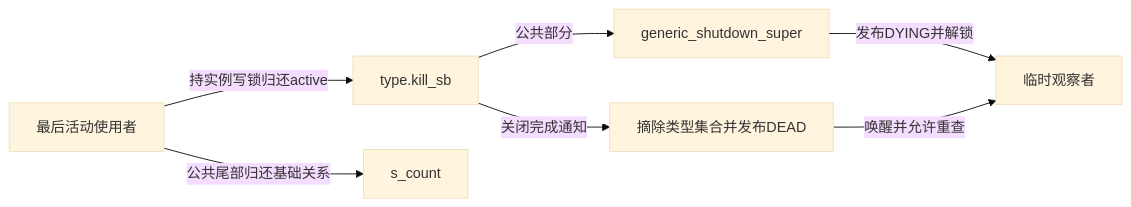
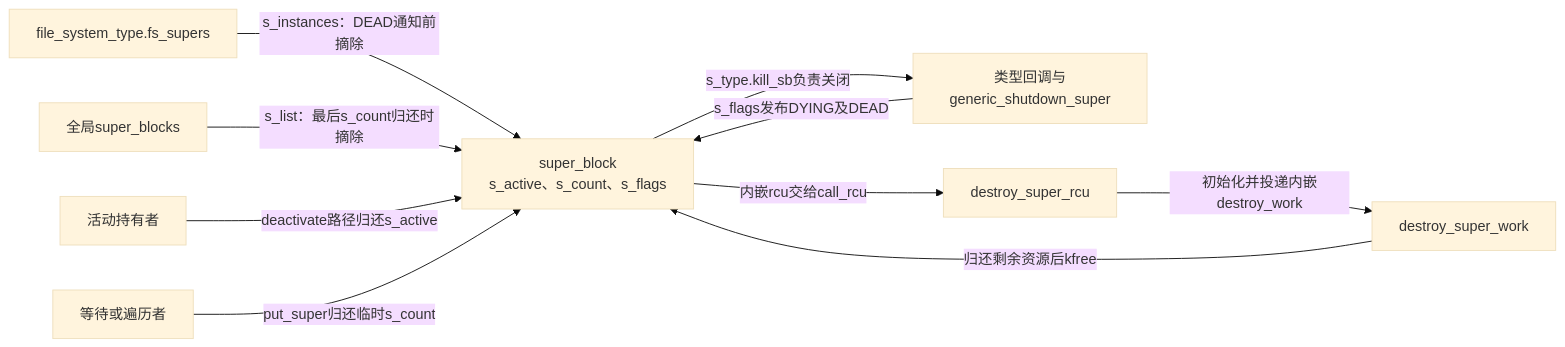
One commit to FormingSystem/linux_note changed the first of 2 diagrams in research/source_reading/vfs/source_explanations/P07_实例关闭通知与最终内存回收.md. Above: the diagram before and after it, drawn with Mermaid (base theme). The commit also changed other lines of this file and 4 other files, not shown here.

````diff
--- a/research/source_reading/vfs/source_explanations/P07_实例关闭通知与最终内存回收.md
+++ b/research/source_reading/vfs/source_explanations/P07_实例关闭通知与最终内存回收.md
@@ -57,9 +63,12 @@
 ```mermaid
 flowchart LR
-    holder["最后活动使用者"] -->|"持实例写锁归还active"| kill["type.kill_sb"]
-    kill -->|"公共部分"| common["generic_shutdown_super"]
-    common -->|"发布DYING并解锁"| waiter["临时观察者"]
-    kill -->|"关闭完成通知"| dead["摘除类型集合并发布DEAD"]
-    dead -->|"唤醒并允许重查"| waiter
-    holder -->|"公共尾部归还基础关系"| count["s_count"]
+    type["file_system_type.fs_supers"] -->|"s_instances：DEAD通知前摘除"| sb["super_block<br/>s_active、s_count、s_flags"]
+    global["全局super_blocks"] -->|"s_list：最后s_count归还时摘除"| sb
+    holder["活动持有者"] -->|"deactivate路径归还s_active"| sb
+    observer["等待或遍历者"] -->|"put_super归还临时s_count"| sb
+    sb -->|"s_type.kill_sb负责关闭"| kill["类型回调与generic_shutdown_super"]
+    kill -->|"s_flags发布DYING及DEAD"| sb
+    sb -->|"内嵌rcu交给call_rcu"| rcu["destroy_super_rcu"]
+    rcu -->|"初始化并投递内嵌destroy_work"| work["destroy_super_work"]
+    work -->|"归还剩余资源后kfree"| sb
 ```
````
